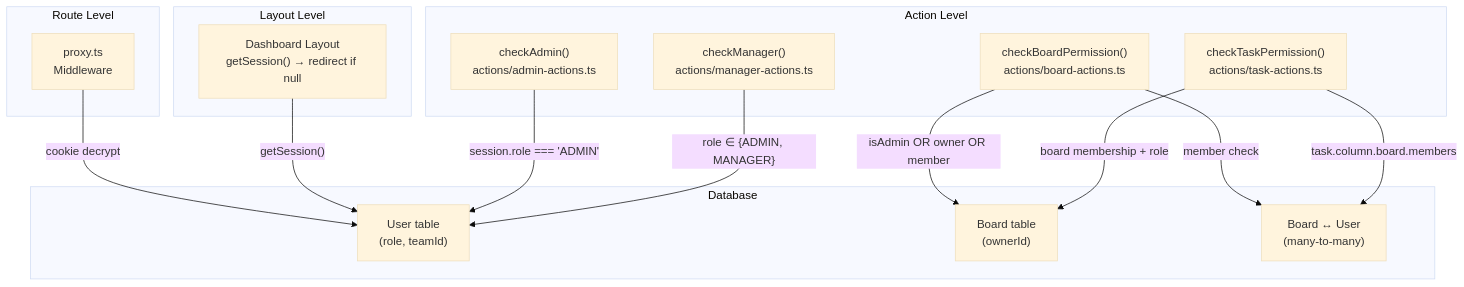
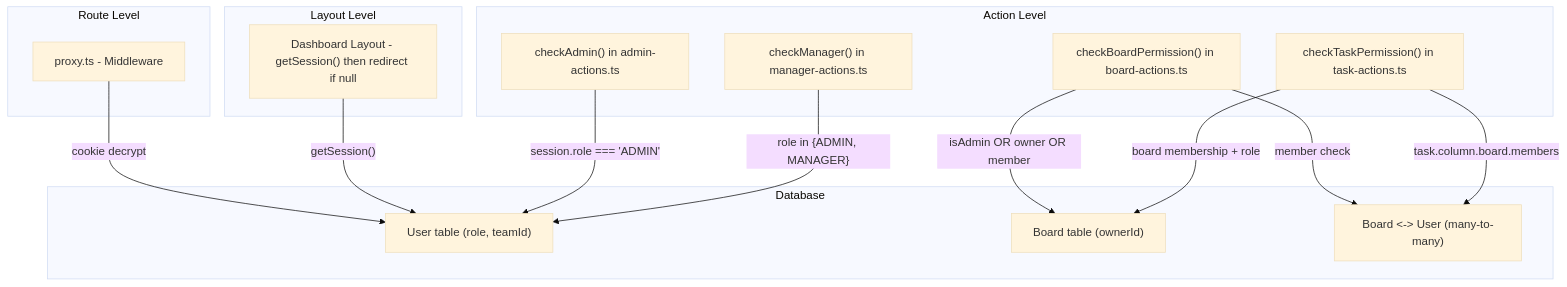
One commit to asefahmed500/Smart-Task-App_IIT_DU_Final_Project changed the second of 7 diagrams in docs/03-rbac-and-permissions.md. Above: the diagram before and after it, drawn with Mermaid (base theme). The commit also changed other lines of this file and 8 other files, not shown here.

Commit message:
fix: remove br tags from mermaid diagrams for GitHub rendering

````diff
--- a/docs/03-rbac-and-permissions.md
+++ b/docs/03-rbac-and-permissions.md
@@ -114,33 +114,33 @@
 ```mermaid
 graph TB
     subgraph "Route Level"
-        PROXY["proxy.ts<br/>Middleware"]
+        PROXY["proxy.ts - Middleware"]
     end
 
     subgraph "Layout Level"
-        LAYOUT["Dashboard Layout<br/>getSession() → redirect if null"]
+        LAYOUT["Dashboard Layout - getSession() then redirect if null"]
     end
 
     subgraph "Action Level"
-        CA["checkAdmin()<br/>actions/admin-actions.ts"]
-        CM["checkManager()<br/>actions/manager-actions.ts"]
-        CBP["checkBoardPermission()<br/>actions/board-actions.ts"]
-        CTP["checkTaskPermission()<br/>actions/task-actions.ts"]
+        CA["checkAdmin() in admin-actions.ts"]
+        CM["checkManager() in manager-actions.ts"]
+        CBP["checkBoardPermission() in board-actions.ts"]
+        CTP["checkTaskPermission() in task-actions.ts"]
     end
 
     subgraph "Database"
-        USER["User table<br/>(role, teamId)"]
-        BOARD["Board table<br/>(ownerId)"]
-        MEMBER_REL["Board ↔ User<br/>(many-to-many)"]
+        USER["User table (role, teamId)"]
+        BOARD["Board table (ownerId)"]
+        MEMBER_REL["Board <-> User (many-to-many)"]
     end
 
     PROXY -->|"cookie decrypt"| USER
     LAYOUT -->|"getSession()"| USER
 
     CA -->|"session.role === 'ADMIN'"| USER
-    CM -->|"role ∈ {ADMIN, MANAGER}"| USER
+    CM -->|"role in {ADMIN, MANAGER}"| USER
     CBP -->|"isAdmin OR owner OR member"| BOARD
     CBP -->|"member check"| MEMBER_REL
     CTP -->|"board membership + role"| BOARD
     CTP -->|"task.column.board.members"| MEMBER_REL
 ```
````
